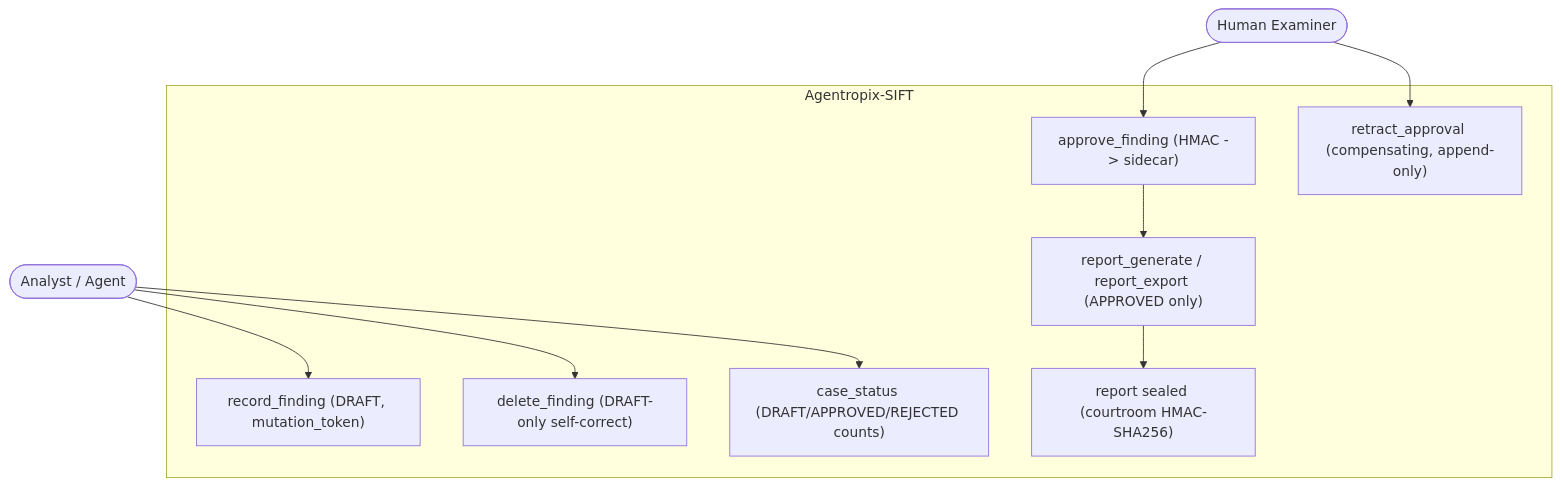
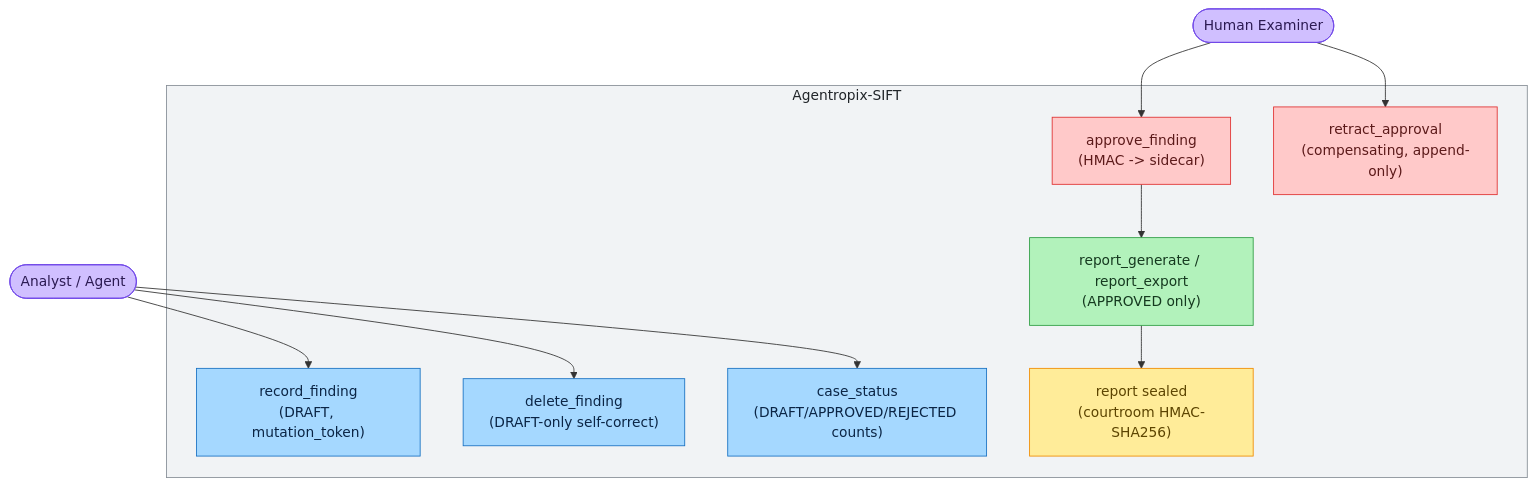
Before and after one commit to galvangabriel-web/agentropix-mcp: the first of 2 diagrams in docs/06-use-cases/uc-approval-gate.md, drawn with Mermaid. The commit also changed 20 other files, not shown here.

First line of the commit message:
Diagram readability pass (workflow): redesign diagrams for size/clarity + audit log

````diff
--- a/docs/06-use-cases/uc-approval-gate.md
+++ b/docs/06-use-cases/uc-approval-gate.md
@@ -23,23 +23,37 @@
 ```mermaid
 graph TD
     analyst([Analyst / Agent])
     examiner([Human Examiner])
 
     subgraph Agentropix-SIFT
-        UC1["record_finding (DRAFT, mutation_token)"]
-        UC2["delete_finding (DRAFT-only self-correct)"]
-        UC3["case_status (DRAFT/APPROVED/REJECTED counts)"]
-        UC4["approve_finding (HMAC -> sidecar)"]
-        UC5["retract_approval (compensating, append-only)"]
-        UC6["report_generate / report_export (APPROVED only)"]
-        UC7["report sealed (courtroom HMAC-SHA256)"]
+        UC1["record_finding<br/>(DRAFT, mutation_token)"]
+        UC2["delete_finding<br/>(DRAFT-only self-correct)"]
+        UC3["case_status<br/>(DRAFT/APPROVED/REJECTED counts)"]
+        UC4["approve_finding<br/>(HMAC -> sidecar)"]
+        UC5["retract_approval<br/>(compensating, append-only)"]
+        UC6["report_generate / report_export<br/>(APPROVED only)"]
+        UC7["report sealed<br/>(courtroom HMAC-SHA256)"]
     end
 
     analyst --> UC1
     analyst --> UC2
     analyst --> UC3
     examiner --> UC4
     examiner --> UC5
     UC4 --> UC6
     UC6 --> UC7
+
+    classDef actor fill:#d0bfff,stroke:#7048e8,color:#2b1a52
+    classDef api fill:#a5d8ff,stroke:#1971c2,color:#0b2545
+    classDef core fill:#b2f2bb,stroke:#2f9e44,color:#15391f
+    classDef gov fill:#ffc9c9,stroke:#e03131,color:#5c1a1a
+    classDef sink fill:#ffec99,stroke:#f08c00,color:#5c4400
+
+    class analyst,examiner actor
+    class UC1,UC2,UC3 api
+    class UC4,UC5 gov
+    class UC6 core
+    class UC7 sink
+
+    style Agentropix-SIFT fill:#f1f3f5,stroke:#868e96,color:#212529
 ```
````
